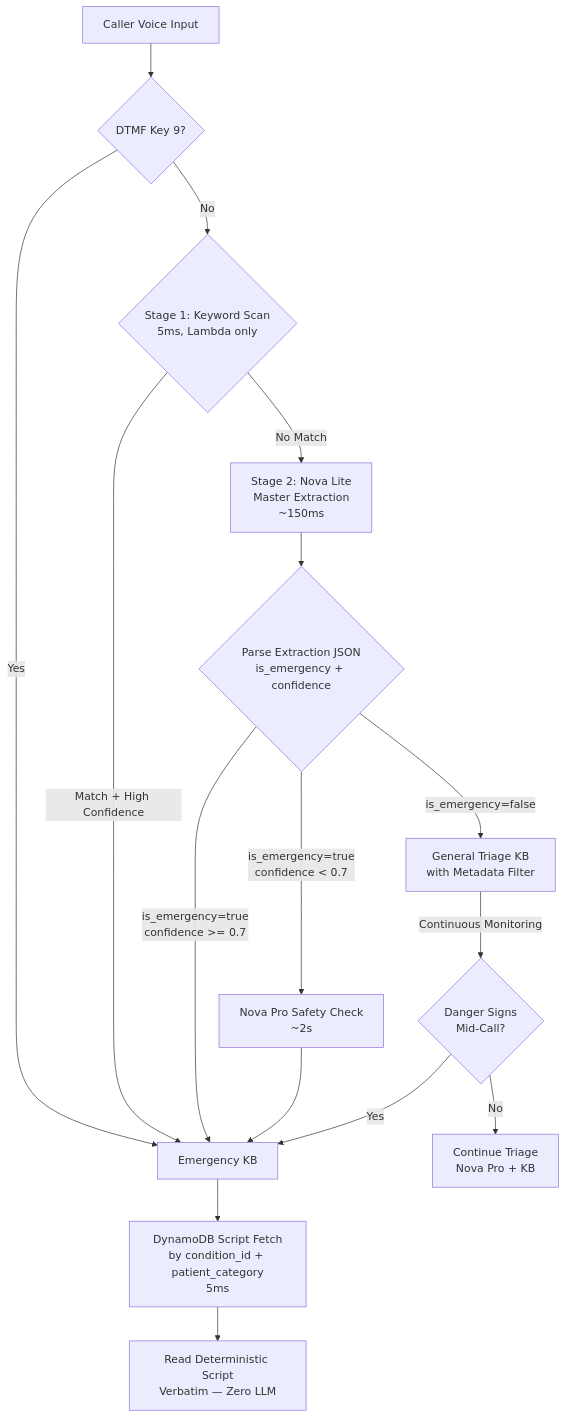
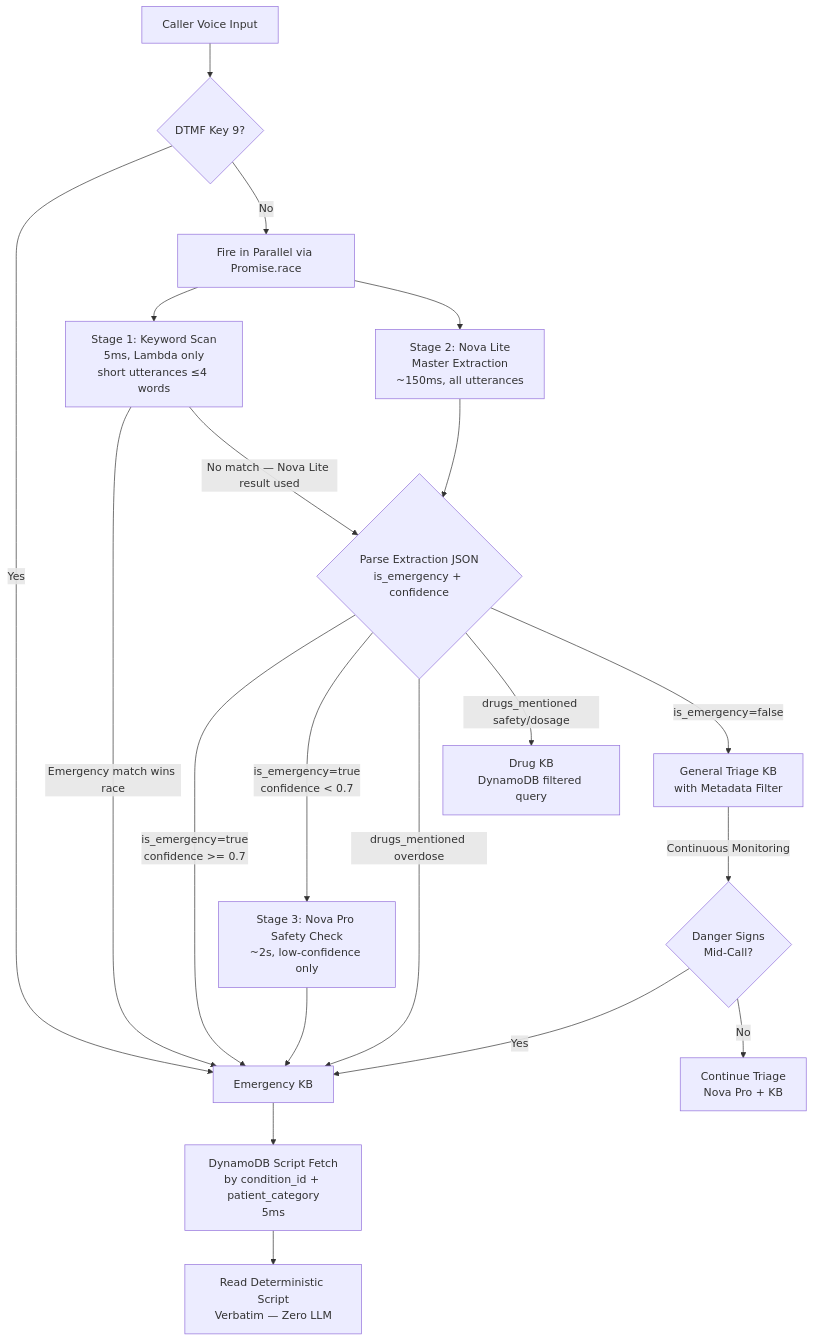
Before and after one commit to subhash1208/SavyaSachi: the second of 4 diagrams in .kiro/specs/vaidyavaani-ivr-health-assistant/design.md, drawn with Mermaid. The commit also changed other lines of this file and 4 other files, not shown here.

Commit message:
docs: integrate new pure-hindi DTMF greeting and Nova Pro system prompt logic

````diff
--- a/.kiro/specs/vaidyavaani-ivr-health-assistant/design.md
+++ b/.kiro/specs/vaidyavaani-ivr-health-assistant/design.md
@@ -84,18 +84,22 @@
 ```mermaid
 graph TD
     INPUT[Caller Voice Input] --> DTMF{DTMF Key 9?}
     DTMF -->|Yes| EMERGENCY[Emergency KB]
-    DTMF -->|No| KW{Stage 1: Keyword Scan<br/>5ms, Lambda only}
-    KW -->|Match + High Confidence| EMERGENCY
-    KW -->|No Match| NL[Stage 2: Nova Lite<br/>Master Extraction<br/>~150ms]
+    DTMF -->|No| PARALLEL[Fire in Parallel via Promise.race]
+    PARALLEL --> KW[Stage 1: Keyword Scan<br/>5ms, Lambda only<br/>short utterances ≤4 words]
+    PARALLEL --> NL[Stage 2: Nova Lite<br/>Master Extraction<br/>~150ms, all utterances]
+    KW -->|Emergency match wins race| EMERGENCY
+    KW -->|No match — Nova Lite result used| JSON
     NL --> JSON{Parse Extraction JSON<br/>is_emergency + confidence}
     JSON -->|is_emergency=true<br/>confidence >= 0.7| EMERGENCY
-    JSON -->|is_emergency=true<br/>confidence < 0.7| SAFETY[Nova Pro Safety Check<br/>~2s]
+    JSON -->|is_emergency=true<br/>confidence < 0.7| SAFETY[Stage 3: Nova Pro Safety Check<br/>~2s, low-confidence only]
     SAFETY --> EMERGENCY
+    JSON -->|drugs_mentioned overdose| EMERGENCY
+    JSON -->|drugs_mentioned safety/dosage| DRUG[Drug KB<br/>DynamoDB filtered query]
     JSON -->|is_emergency=false| TRIAGE[General Triage KB<br/>with Metadata Filter]
     EMERGENCY --> DDB_FETCH[DynamoDB Script Fetch<br/>by condition_id + patient_category<br/>5ms]
     DDB_FETCH --> SCRIPT[Read Deterministic Script<br/>Verbatim — Zero LLM]
     TRIAGE -->|Continuous Monitoring| DS{Danger Signs<br/>Mid-Call?}
     DS -->|Yes| EMERGENCY
     DS -->|No| CONTINUE[Continue Triage<br/>Nova Pro + KB]
 ```
````
